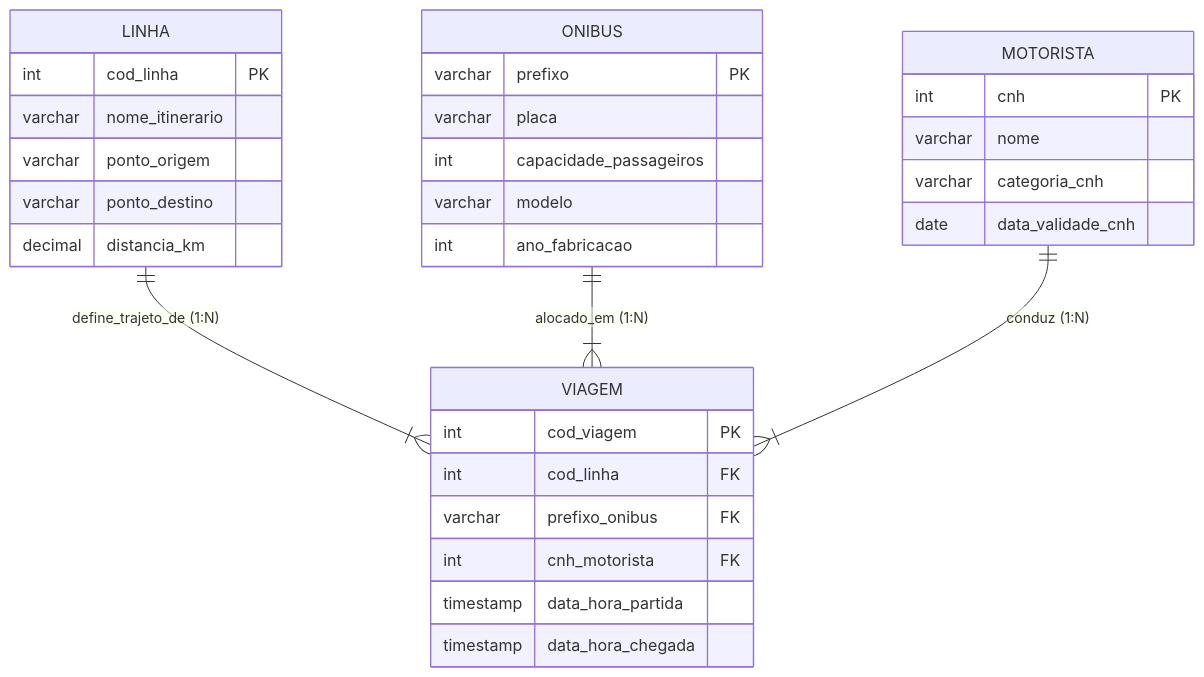
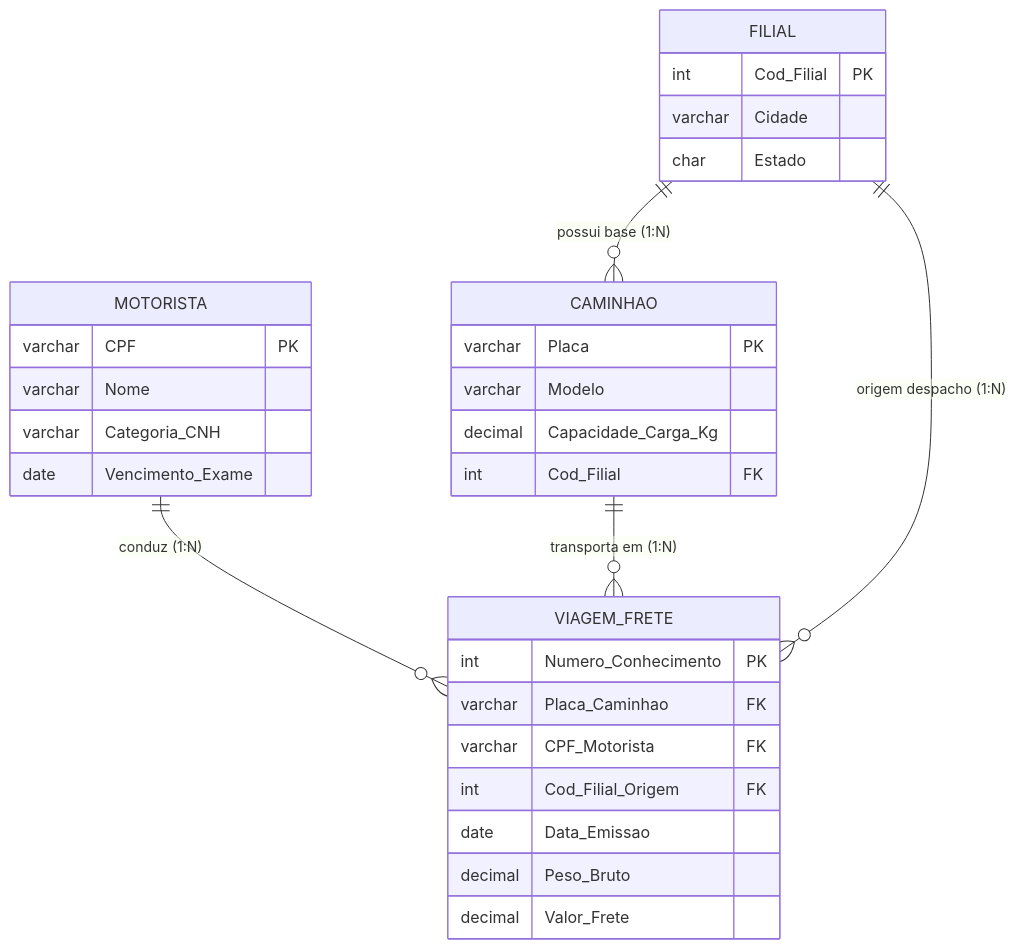
One commit to murilolol/unifef changed the fifth of 12 diagrams in 3º Semestre/[Prof. Guilherme de Morais] Banco de Dados II/Resumos-IA/Simulados-Comentados.md. Above: the diagram before and after it, drawn with Mermaid. The commit also changed other lines of this file and 40 other files, not shown here.

````diff
--- a/3º Semestre/[Prof. Guilherme de Morais] Banco de Dados II/Resumos-IA/Simulados-Comentados.md
+++ b/3º Semestre/[Prof. Guilherme de Morais] Banco de Dados II/Resumos-IA/Simulados-Comentados.md
@@ -415,38 +401,37 @@
 ```mermaid
 erDiagram
-  LINHA ||--|{ VIAGEM : "define_trajeto_de (1:N)"
-  ONIBUS ||--|{ VIAGEM : "alocado_em (1:N)"
-  MOTORISTA ||--|{ VIAGEM : "conduz (1:N)"
+    FILIAL ||--o{ CAMINHAO : "possui base (1:N)"
+    MOTORISTA ||--o{ VIAGEM_FRETE : "conduz (1:N)"
+    CAMINHAO ||--o{ VIAGEM_FRETE : "transporta em (1:N)"
+    FILIAL ||--o{ VIAGEM_FRETE : "origem despacho (1:N)"
 
-  LINHA {
-    int cod_linha PK
-    varchar nome_itinerario
-    varchar ponto_origem
-    varchar ponto_destino
-    decimal distancia_km
-  }
+    FILIAL {
+        int Cod_Filial PK
+        varchar Cidade
+        char Estado
+    }
 
-  ONIBUS {
-    varchar prefixo PK
-    varchar placa
-    int capacidade_passageiros
-    varchar modelo
-    int ano_fabricacao
-  }
+    MOTORISTA {
+        varchar CPF PK
+        varchar Nome
+        varchar Categoria_CNH
+        date Vencimento_Exame
+    }
 
-  MOTORISTA {
-    int cnh PK
-    varchar nome
-    varchar categoria_cnh
-    date data_validade_cnh
-  }
+    CAMINHAO {
+        varchar Placa PK
+        varchar Modelo
+        decimal Capacidade_Carga_Kg
+        int Cod_Filial FK
+    }
 
-  VIAGEM {
-    int cod_viagem PK
-    int cod_linha FK
-    varchar prefixo_onibus FK
-    int cnh_motorista FK
-    timestamp data_hora_partida
-    timestamp data_hora_chegada
-  }
+    VIAGEM_FRETE {
+        int Numero_Conhecimento PK
+        varchar Placa_Caminhao FK
+        varchar CPF_Motorista FK
+        int Cod_Filial_Origem FK
+        date Data_Emissao
+        decimal Peso_Bruto
+        decimal Valor_Frete
+    }
 ```
````
